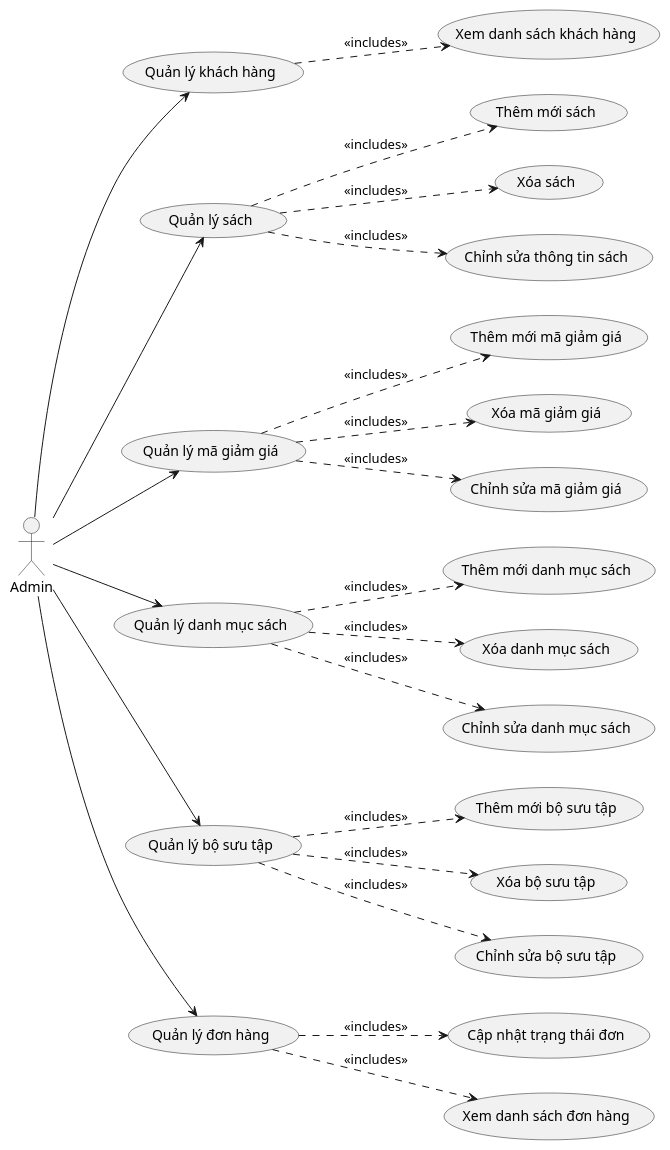
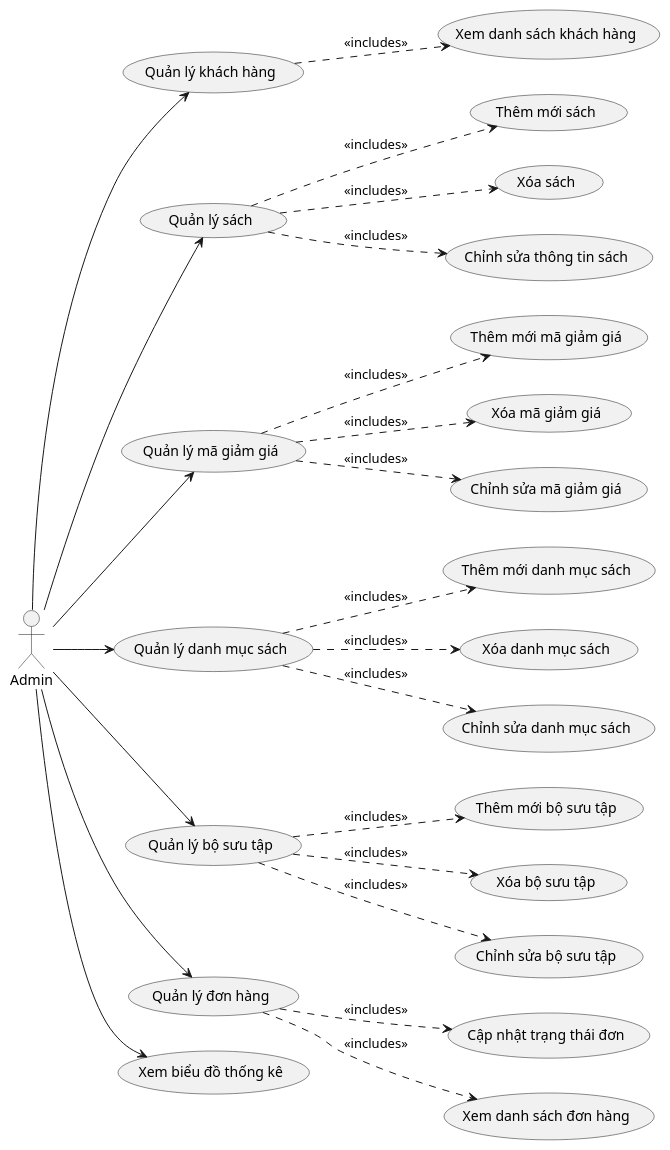
Before and after one commit to B5u2423/Bookstore-Website: the diagram in docs/diagrams/Usecase/admin/admin.wsd, drawn with PlantUML.

Commit message:
chore(diag): add analytics uc for admin

```diff
--- a/docs/diagrams/Usecase/admin/admin.wsd
+++ b/docs/diagrams/Usecase/admin/admin.wsd
@@ -1,34 +1,36 @@
 @startuml uc_admin
 
 left to right direction
 
 "Admin" as AD
 
 AD --> (Quản lý khách hàng)
 (Quản lý khách hàng) ..> (Xem danh sách khách hàng) : <<includes>>
 
 AD --> (Quản lý sách)
 (Quản lý sách) ..> (Thêm mới sách) : <<includes>>
 (Quản lý sách) ..> (Xóa sách) : <<includes>>
 (Quản lý sách) ..> (Chỉnh sửa thông tin sách) : <<includes>>
 
 AD --> (Quản lý mã giảm giá)
 (Quản lý mã giảm giá) ..> (Thêm mới mã giảm giá) : <<includes>>
 (Quản lý mã giảm giá) ..> (Xóa mã giảm giá) : <<includes>>
 (Quản lý mã giảm giá) ..> (Chỉnh sửa mã giảm giá) : <<includes>>
 
 AD --> (Quản lý danh mục sách)
 (Quản lý danh mục sách) ..> (Thêm mới danh mục sách) : <<includes>>
 (Quản lý danh mục sách) ..> (Xóa danh mục sách) : <<includes>>
 (Quản lý danh mục sách) ..> (Chỉnh sửa danh mục sách) : <<includes>>
 
 AD --> (Quản lý bộ sưu tập)
 (Quản lý bộ sưu tập) ..> (Thêm mới bộ sưu tập) : <<includes>>
 (Quản lý bộ sưu tập) ..> (Xóa bộ sưu tập) : <<includes>>
 (Quản lý bộ sưu tập) ..> (Chỉnh sửa bộ sưu tập) : <<includes>>
 
 AD --> (Quản lý đơn hàng)
 (Quản lý đơn hàng) ..> (Cập nhật trạng thái đơn) : <<includes>>
 (Quản lý đơn hàng) ..> (Xem danh sách đơn hàng) : <<includes>>
 
+AD --> (Xem biểu đồ thống kê)
+
 @enduml
```
